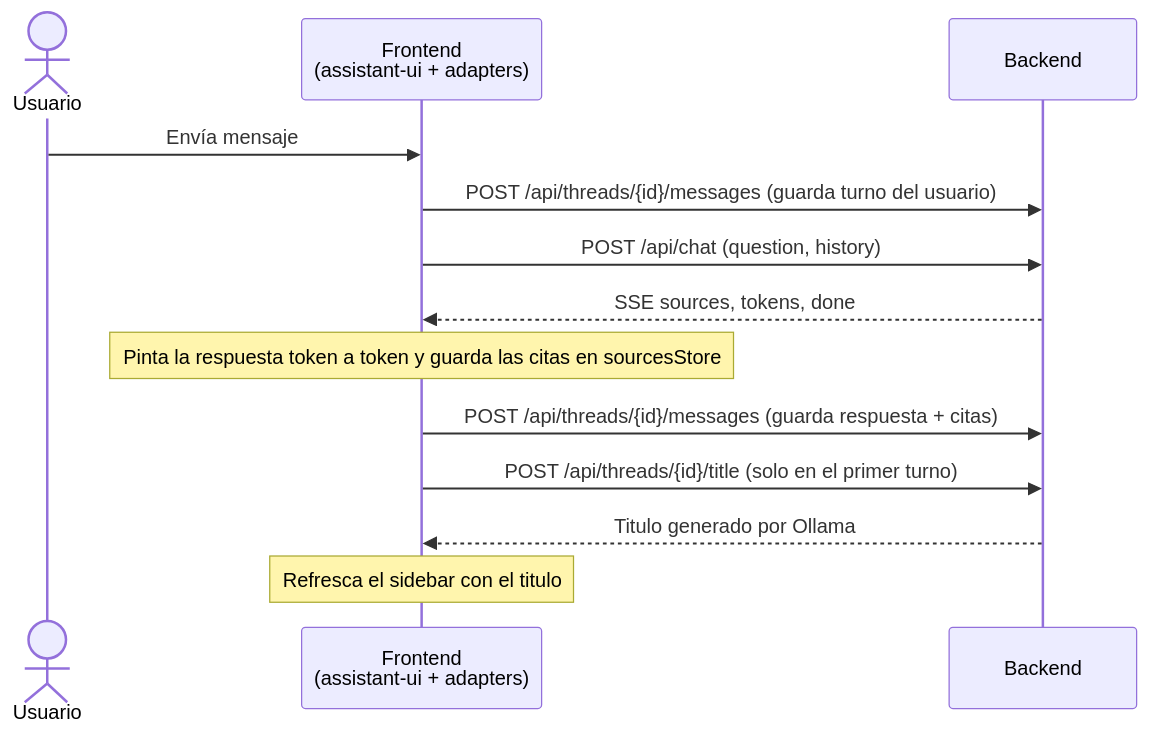
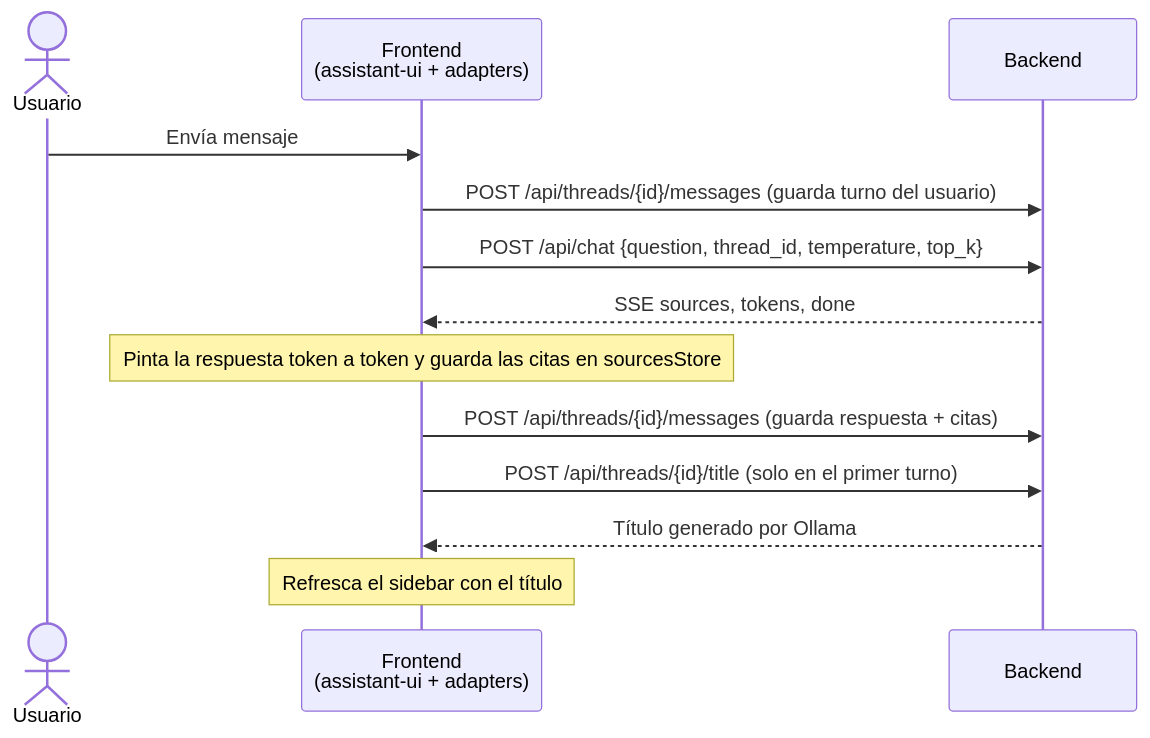
One commit to dimarior/tq_chatbot changed the second of 4 diagrams in README.md. Above: the diagram before and after it, drawn with Mermaid. The commit also changed other lines of this file and 1 other file, not shown here.

````diff
--- a/README.md
+++ b/README.md
@@ -106,16 +123,16 @@
 ```mermaid
 sequenceDiagram
     actor U as Usuario
     participant FE as Frontend<br/>(assistant-ui + adapters)
     participant API as Backend
 
     U->>FE: Envía mensaje
     FE->>API: POST /api/threads/{id}/messages (guarda turno del usuario)
-    FE->>API: POST /api/chat (question, history)
+    FE->>API: POST /api/chat {question, thread_id, temperature, top_k}
     API-->>FE: SSE sources, tokens, done
     Note over FE: Pinta la respuesta token a token y guarda las citas en sourcesStore
     FE->>API: POST /api/threads/{id}/messages (guarda respuesta + citas)
     FE->>API: POST /api/threads/{id}/title (solo en el primer turno)
-    API-->>FE: Titulo generado por Ollama
-    Note over FE: Refresca el sidebar con el titulo
+    API-->>FE: Título generado por Ollama
+    Note over FE: Refresca el sidebar con el título
 ```
````
